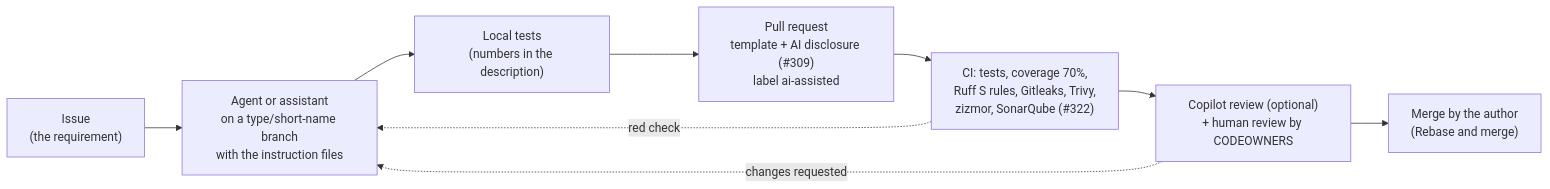
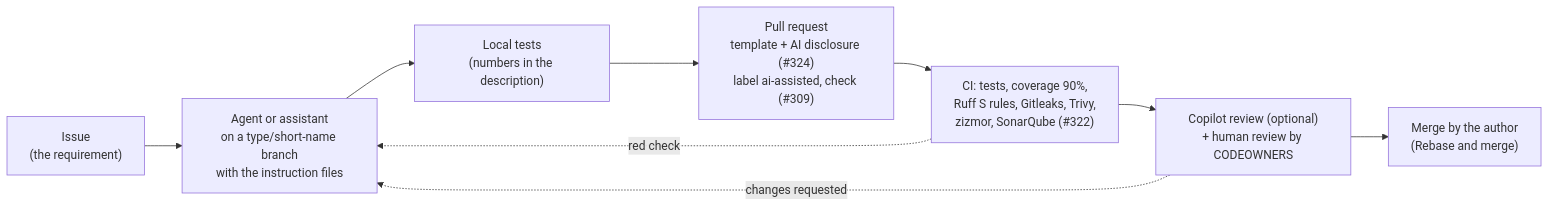
The diagram in docs/ai-usage/README.md (metezd/OmniLog), drawn with Mermaid before and after one commit. The commit also changed other lines of this file, not shown here.

````diff
--- a/docs/ai-usage/README.md
+++ b/docs/ai-usage/README.md
@@ -21,11 +21,11 @@
 ```mermaid
 flowchart LR
     I["Issue<br/>(the requirement)"] --> B["Agent or assistant<br/>on a type/short-name branch<br/>with the instruction files"]
     B --> T["Local tests<br/>(numbers in the description)"]
-    T --> P["Pull request<br/>template + AI disclosure (#309)<br/>label ai-assisted"]
-    P --> C["CI: tests, coverage 70%,<br/>Ruff S rules, Gitleaks, Trivy,<br/>zizmor, SonarQube (#322)"]
+    T --> P["Pull request<br/>template + AI disclosure (#324)<br/>label ai-assisted, check (#309)"]
+    P --> C["CI: tests, coverage 90%,<br/>Ruff S rules, Gitleaks, Trivy,<br/>zizmor, SonarQube (#322)"]
     C --> R["Copilot review (optional)<br/>+ human review by CODEOWNERS"]
     R --> M["Merge by the author<br/>(Rebase and merge)"]
     R -. "changes requested" .-> B
     C -. "red check" .-> B
 ```
````
